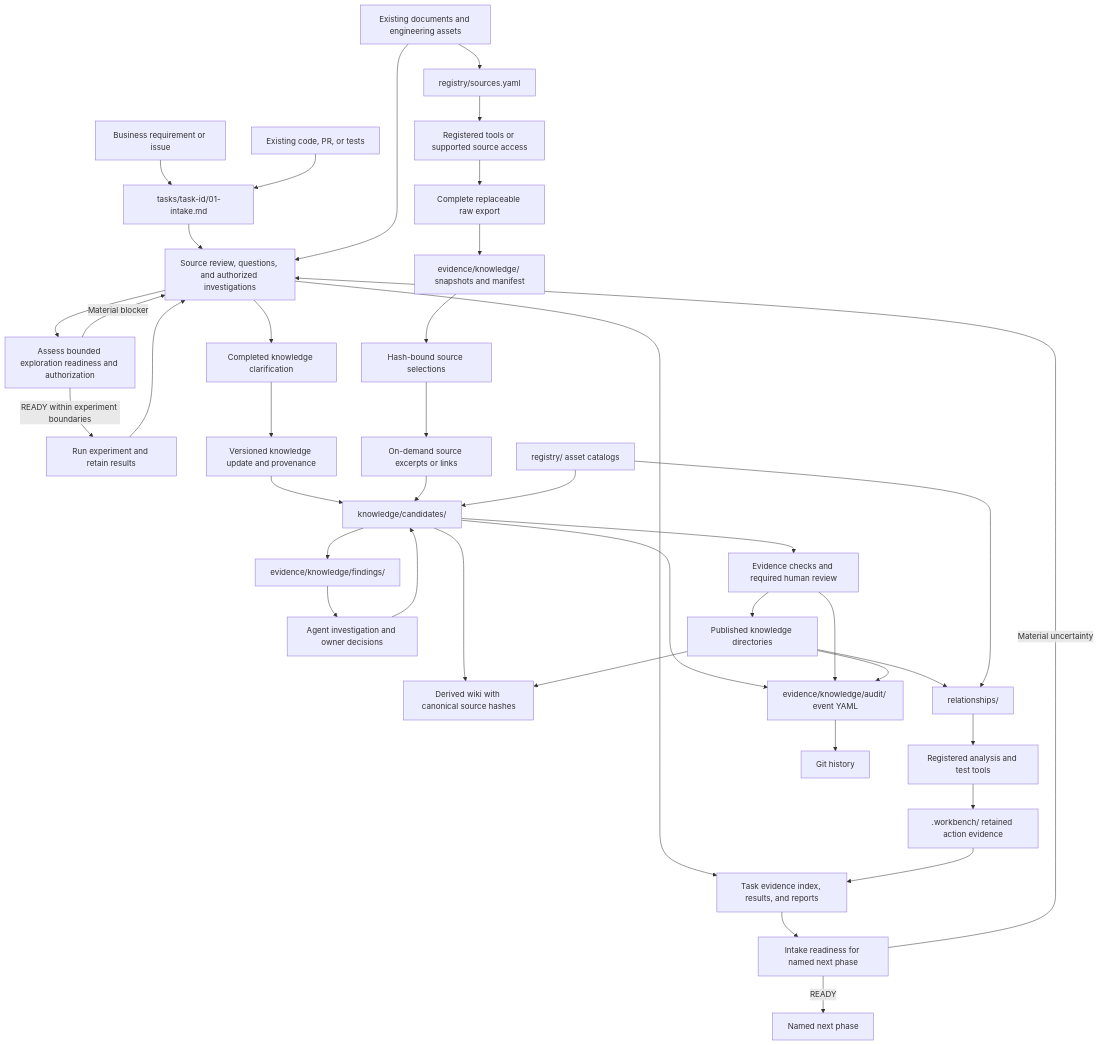
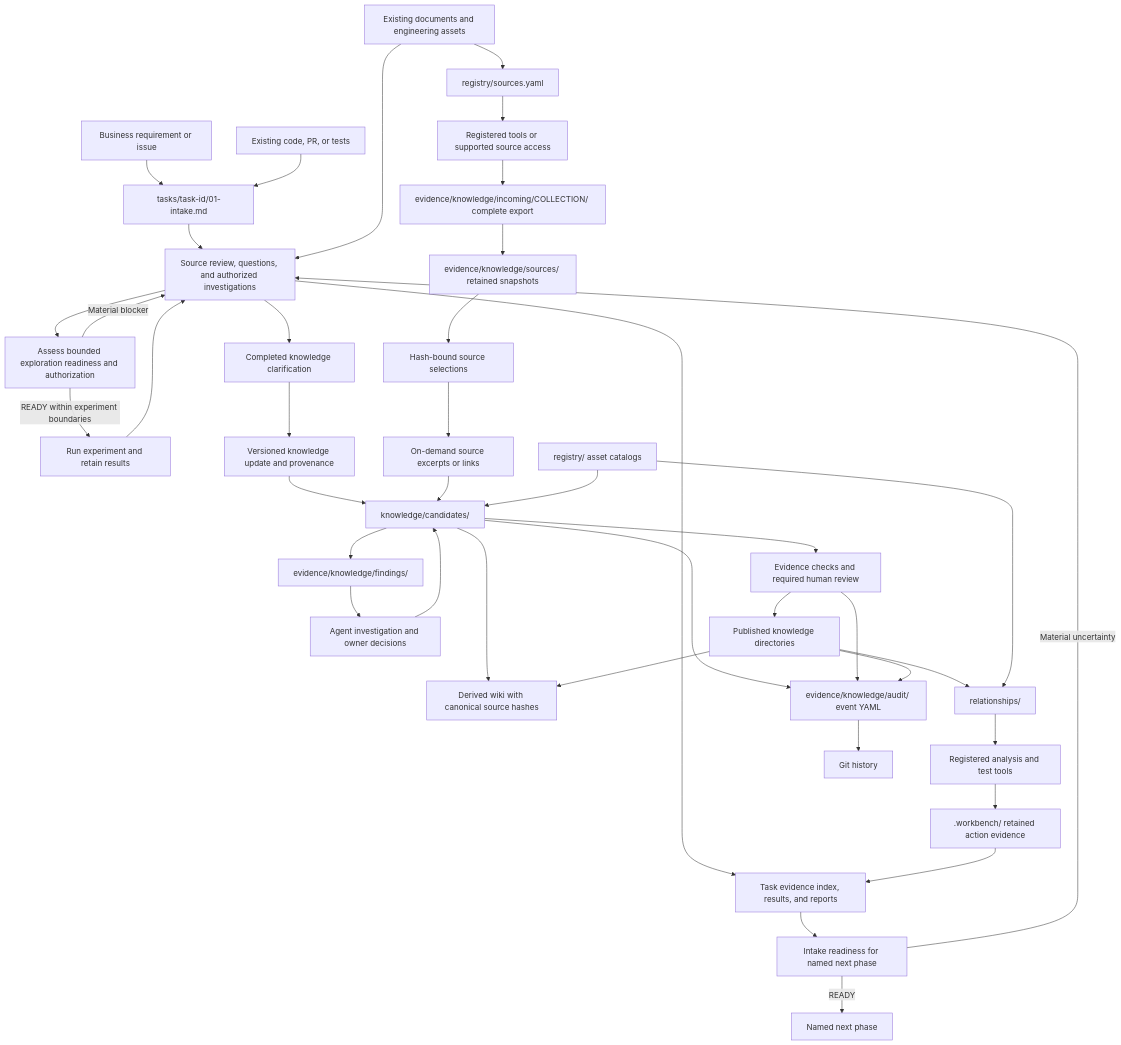
The first of 2 diagrams in docs/WORKSPACE_DESIGN.md (lushevol/sdlc-workbench), drawn with Mermaid before and after one commit. The commit also changed other lines of this file and 19 other files, not shown here.

Commit message:
Reuse knowledge evidence inbox and remove extra raw root

````diff
--- a/docs/WORKSPACE_DESIGN.md
+++ b/docs/WORKSPACE_DESIGN.md
@@ -344,42 +349,42 @@
 ```mermaid
 flowchart TD
   Request[Business requirement or issue] --> Intake[tasks/task-id/01-intake.md]
   ExistingCode[Existing code, PR, or tests] --> Intake
   Intake --> Collection[Source review, questions, and authorized investigations]
   Collection --> ExplorationGate[Assess bounded exploration readiness and authorization]
   ExplorationGate -->|READY within experiment boundaries| Exploration[Run experiment and retain results]
   ExplorationGate -->|Material blocker| Collection
   Exploration --> Collection
   Collection --> TaskEvidence[Task evidence index, results, and reports]
   Collection --> Clarification[Completed knowledge clarification]
   Clarification --> KnowledgeUpdate[Versioned knowledge update and provenance]
   KnowledgeUpdate --> Candidates
   TaskEvidence --> Readiness[Intake readiness for named next phase]
   Readiness -->|Material uncertainty| Collection
   Readiness -->|READY| Next[Named next phase]
   External[Existing documents and engineering assets] --> Sources[registry/sources.yaml]
   External --> Collection
   Sources --> Access[Registered tools or supported source access]
-  Access --> Incoming[Complete replaceable raw export]
-  Incoming --> Raw[evidence/knowledge/ snapshots and manifest]
+  Access --> Incoming[evidence/knowledge/incoming/COLLECTION/ complete export]
+  Incoming --> Raw[evidence/knowledge/sources/ retained snapshots]
   Raw --> Selections[Hash-bound source selections]
   Selections --> PreparedSources[On-demand source excerpts or links]
   PreparedSources --> Candidates[knowledge/candidates/]
   Candidates --> Findings[evidence/knowledge/findings/]
   Findings --> Investigation[Agent investigation and owner decisions]
   Investigation --> Candidates
   Candidates --> Review[Evidence checks and required human review]
   Review --> Published[Published knowledge directories]
   Candidates --> Wiki[Derived wiki with canonical source hashes]
   Published --> Wiki
   Published --> Relationships[relationships/]
   Relationships --> Execution[Registered analysis and test tools]
   Execution --> Evidence[.workbench/ retained action evidence]
   Evidence --> TaskEvidence
   Candidates --> Audit[evidence/knowledge/audit/ event YAML]
   Review --> Audit
   Published --> Audit
   Audit --> History[Git history]
   Registry[registry/ asset catalogs] --> Candidates
   Registry --> Relationships
 ```
````
